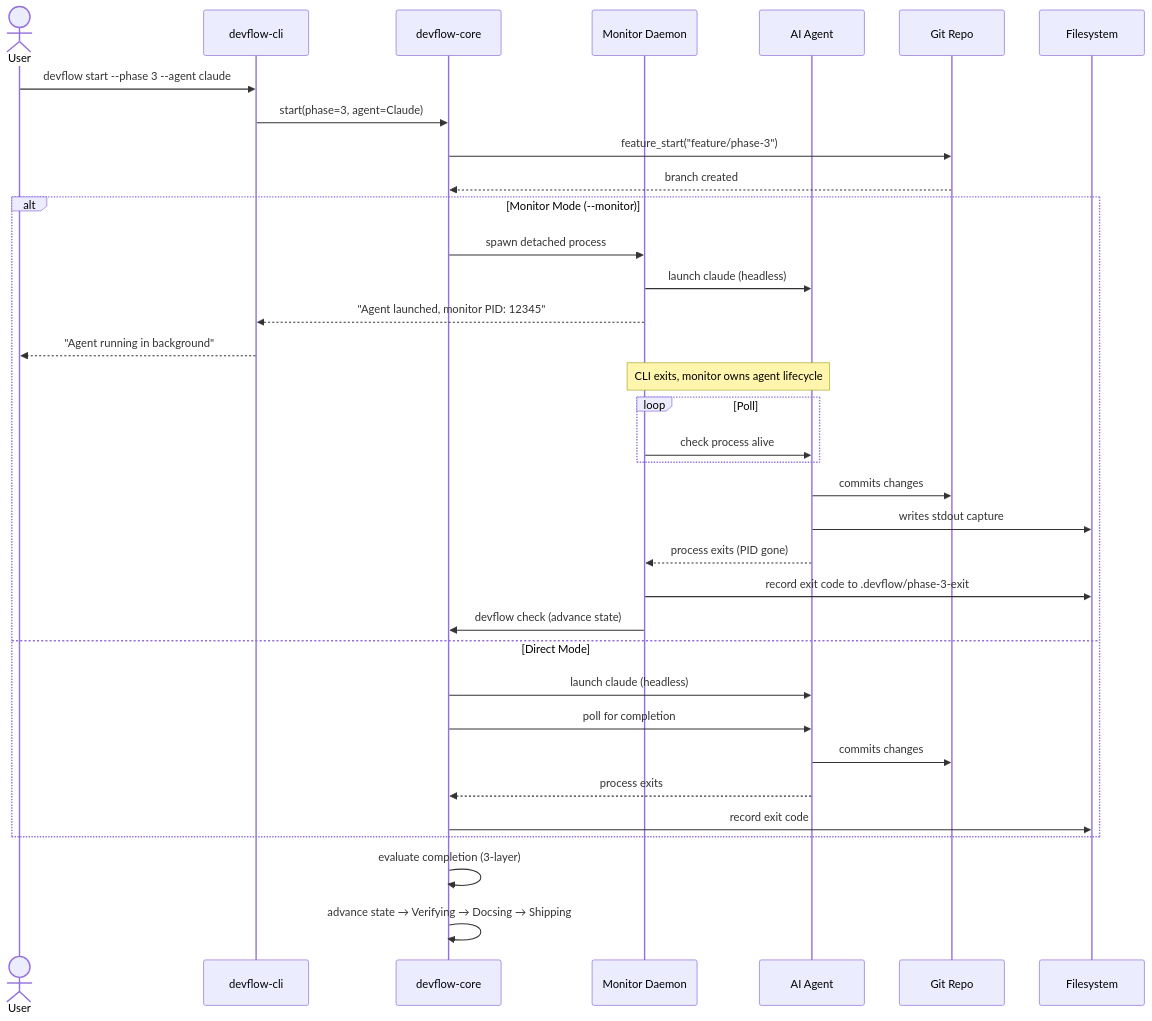
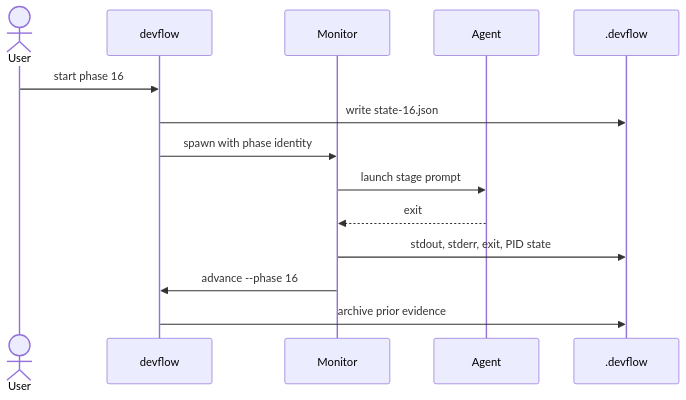
The first of 2 diagrams in docs/diagrams/agent-lifecycle.md (denniyahh/devflow), drawn with Mermaid before and after one commit. The commit also changed other lines of this file and 29 other files, not shown here.

Commit message:
docs: record phase 16 dogfood follow-up

````diff
--- a/docs/diagrams/agent-lifecycle.md
+++ b/docs/diagrams/agent-lifecycle.md
@@ -7,42 +6,17 @@
 ```mermaid
 sequenceDiagram
     actor User
-    participant CLI as devflow-cli
-    participant Core as devflow-core
-    participant Monitor as Monitor Daemon
-    participant Agent as AI Agent
-    participant Git as Git Repo
-    participant FS as Filesystem
+    participant CLI as devflow
+    participant Monitor
+    participant Agent
+    participant Files as .devflow
 
-    User->>CLI: devflow start --phase 3 --agent claude
-    CLI->>Core: start(phase=3, agent=Claude)
-    Core->>Git: feature_start("feature/phase-3")
-    Git-->>Core: branch created
-
-    alt Monitor Mode (--monitor)
-        Core->>Monitor: spawn detached process
-        Monitor->>Agent: launch claude (headless)
-        Monitor-->>CLI: "Agent launched, monitor PID: 12345"
-        CLI-->>User: "Agent running in background"
-        Note over Monitor,Agent: CLI exits, monitor owns agent lifecycle
-
-        loop Poll
-            Monitor->>Agent: check process alive
-        end
-
-        Agent->>Git: commits changes
-        Agent->>FS: writes stdout capture
-        Agent-->>Monitor: process exits (PID gone)
-        Monitor->>FS: record exit code to .devflow/phase-3-exit
-        Monitor->>Core: devflow check (advance state)
-    else Direct Mode
-        Core->>Agent: launch claude (headless)
-        Core->>Agent: poll for completion
-        Agent->>Git: commits changes
-        Agent-->>Core: process exits
-        Core->>FS: record exit code
-    end
-
-    Core->>Core: evaluate completion (3-layer)
-    Core->>Core: advance state → Verifying → Docsing → Shipping
+    User->>CLI: start phase 16
+    CLI->>Files: write state-16.json
+    CLI->>Monitor: spawn with phase identity
+    Monitor->>Agent: launch stage prompt
+    Agent-->>Monitor: exit
+    Monitor->>Files: stdout, stderr, exit, PID state
+    Monitor->>CLI: advance --phase 16
+    CLI->>Files: archive prior evidence
 ```
````
